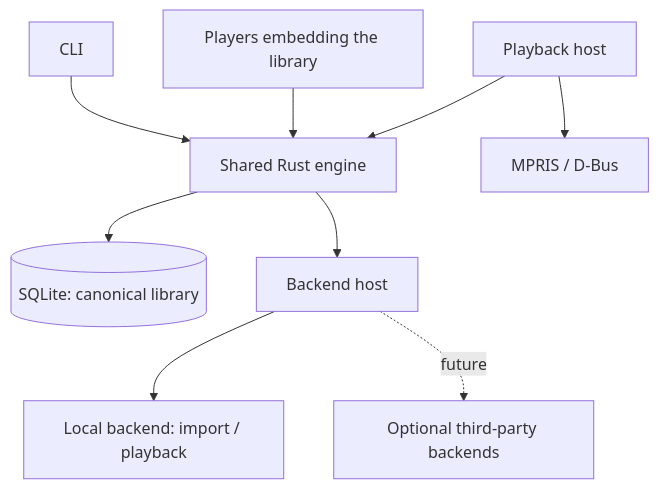
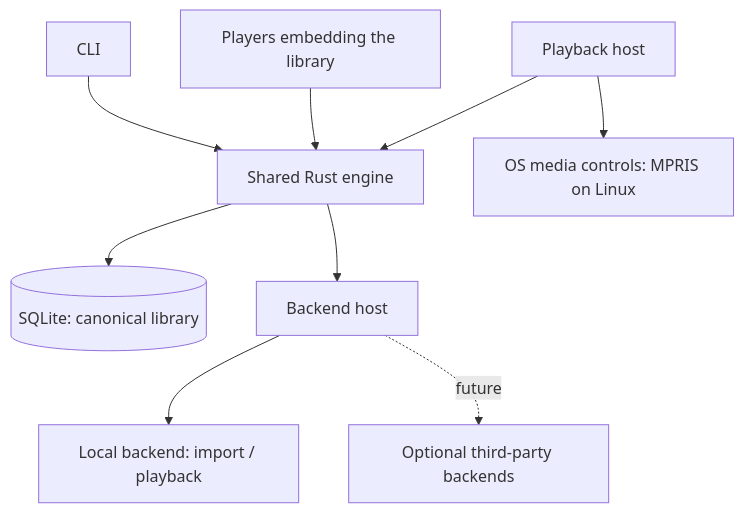
One commit to VaZark/weave changed the first of 2 diagrams in goals.md. Above: the diagram before and after it, drawn with Mermaid. The commit also changed other lines of this file and 18 other files, not shown here.

Commit message:
Use souvlaki (1.0 branch) for OS media controls; rename mpris to media-controls

````diff
--- a/goals.md
+++ b/goals.md
@@ -85,11 +85,11 @@
 ```mermaid
 flowchart TD
     CLI[CLI] --> API[Shared Rust engine]
     APPS[Players embedding the library] --> API
     PLAYER[Playback host] --> API
-    PLAYER --> MPRIS[MPRIS / D-Bus]
+    PLAYER --> OSCTL[OS media controls: MPRIS on Linux]
     API --> DB[(SQLite: canonical library)]
     API --> HOST[Backend host]
     HOST --> LOCAL[Local backend: import / playback]
     HOST -. future .-> EXT[Optional third-party backends]
 ```
````
